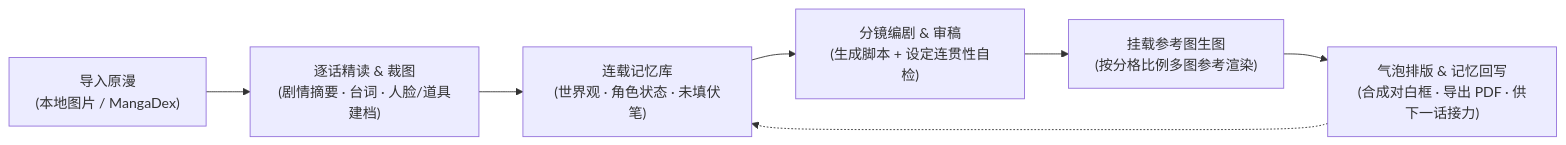
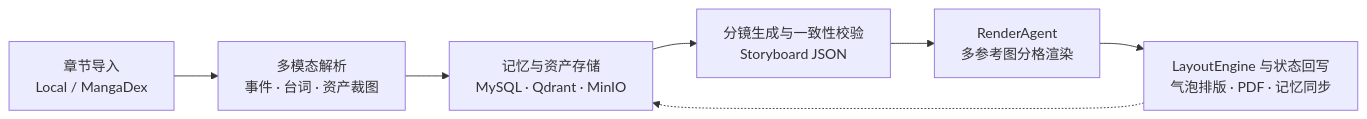
One commit to Gwen0x4c3/manga-forge changed the diagram in README.zh-CN.md. Above: the diagram before and after it, drawn with Mermaid. The commit also changed other lines of this file and 1 other file, not shown here.

````diff
--- a/README.zh-CN.md
+++ b/README.zh-CN.md
@@ -58,9 +64,9 @@
 ```mermaid
 flowchart LR
-    Import["导入原漫<br/>(本地图片 / MangaDex)"] --> Understand["逐话精读 & 裁图<br/>(剧情摘要 · 台词 · 人脸/道具建档)"]
-    Understand --> Memory["连载记忆库<br/>(世界观 · 角色状态 · 未填伏笔)"]
-    Memory --> Script["分镜编剧 & 审稿<br/>(生成脚本 + 设定连贯性自检)"]
-    Script --> Render["挂载参考图生图<br/>(按分格比例多图参考渲染)"]
-    Render --> Layout["气泡排版 & 记忆回写<br/>(合成对白框 · 导出 PDF · 供下一话接力)"]
+    Ingest["章节导入<br/>Local / MangaDex"] --> Understand["多模态解析<br/>事件 · 台词 · 资产裁图"]
+    Understand --> Memory["记忆与资产存储<br/>MySQL · Qdrant · MinIO"]
+    Memory --> Script["分镜生成与一致性校验<br/>Storyboard JSON"]
+    Script --> Render["RenderAgent<br/>多参考图分格渲染"]
+    Render --> Layout["LayoutEngine 与状态回写<br/>气泡排版 · PDF · 记忆同步"]
     Layout -.-> Memory
 ```
````
